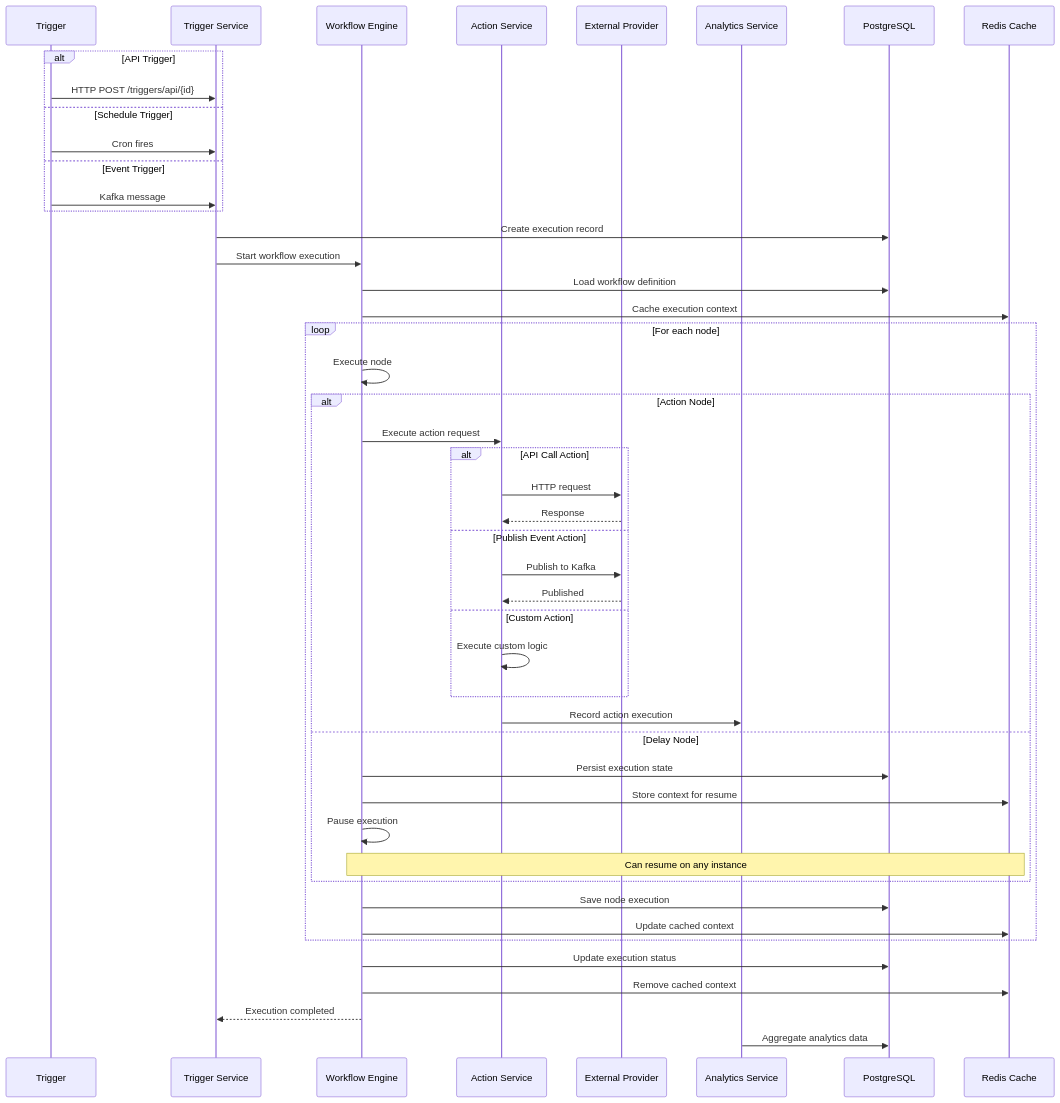
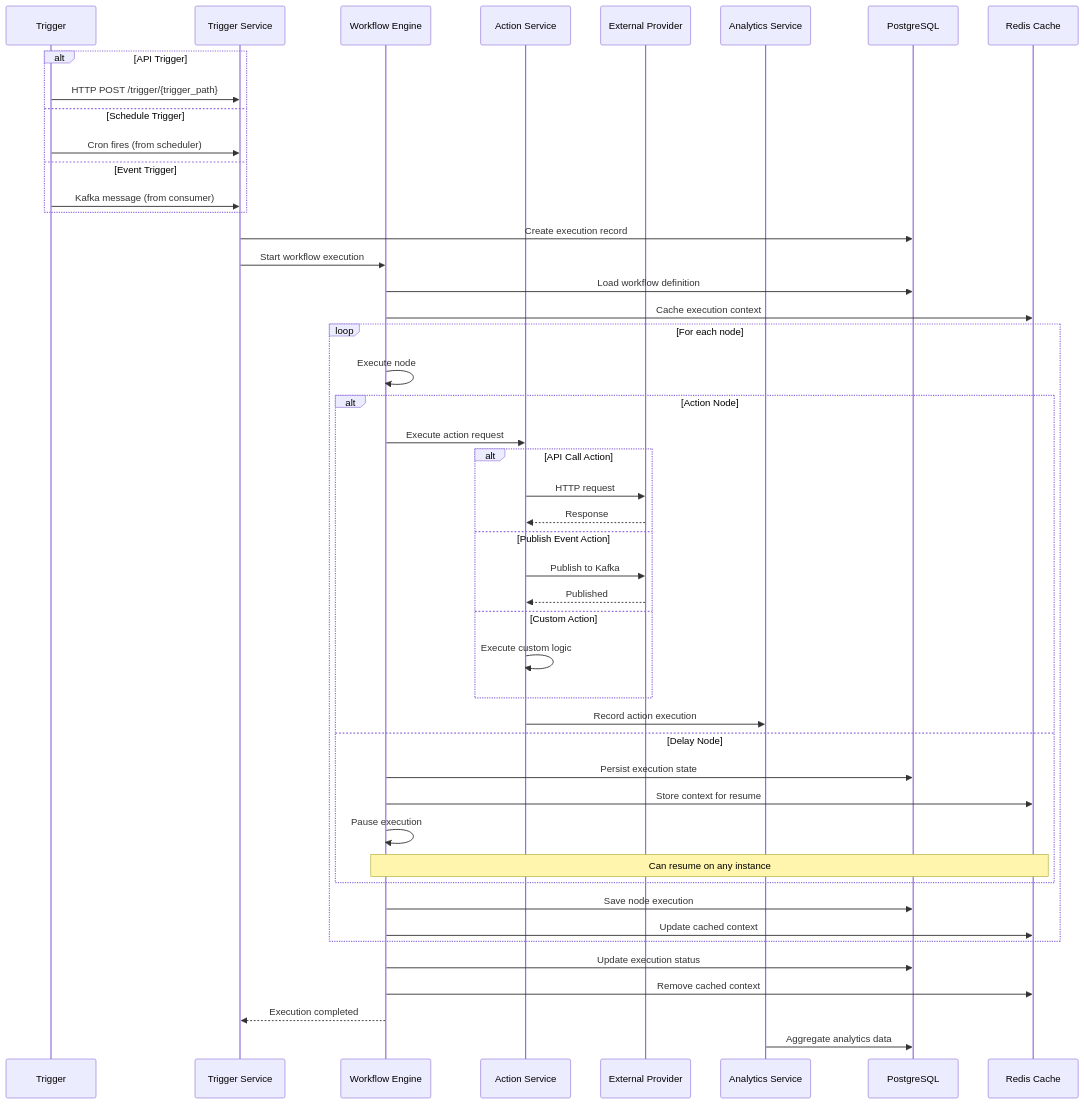
Before and after one commit to Ngoctrong102/workflow: the third of 5 diagrams in docs/architecture/overview.md, drawn with Mermaid. The commit also changed 392 other files, not shown here.

````diff
--- a/docs/architecture/overview.md
+++ b/docs/architecture/overview.md
@@ -128,53 +128,53 @@
 ```mermaid
 sequenceDiagram
     participant Trigger
     participant TS as Trigger Service
     participant WE as Workflow Engine
     participant AS as Action Service
     participant Provider as External Provider
     participant AS_ANALYTICS as Analytics Service
     participant DB as PostgreSQL
     participant REDIS as Redis Cache
     
     alt API Trigger
-        Trigger->>TS: HTTP POST /triggers/api/{id}
+        Trigger->>TS: HTTP POST /trigger/{trigger_path}
     else Schedule Trigger
-        Trigger->>TS: Cron fires
+        Trigger->>TS: Cron fires (from scheduler)
     else Event Trigger
-        Trigger->>TS: Kafka message
+        Trigger->>TS: Kafka message (from consumer)
     end
     
     TS->>DB: Create execution record
     TS->>WE: Start workflow execution
     WE->>DB: Load workflow definition
     WE->>REDIS: Cache execution context
     
     loop For each node
         WE->>WE: Execute node
         alt Action Node
             WE->>AS: Execute action request
             alt API Call Action
                 AS->>Provider: HTTP request
                 Provider-->>AS: Response
             else Publish Event Action
                 AS->>Provider: Publish to Kafka
                 Provider-->>AS: Published
             else Custom Action
                 AS->>AS: Execute custom logic
             end
             AS->>AS_ANALYTICS: Record action execution
         else Delay Node
             WE->>DB: Persist execution state
             WE->>REDIS: Store context for resume
             WE->>WE: Pause execution
             Note over WE,REDIS: Can resume on any instance
         end
         WE->>DB: Save node execution
         WE->>REDIS: Update cached context
     end
     
     WE->>DB: Update execution status
     WE->>REDIS: Remove cached context
     WE-->>TS: Execution completed
     AS_ANALYTICS->>DB: Aggregate analytics data
 ```
````
